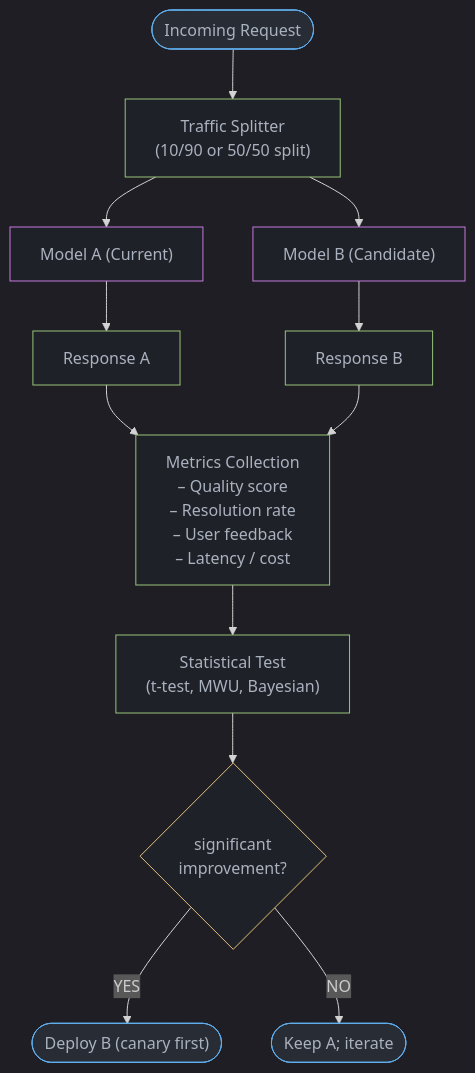
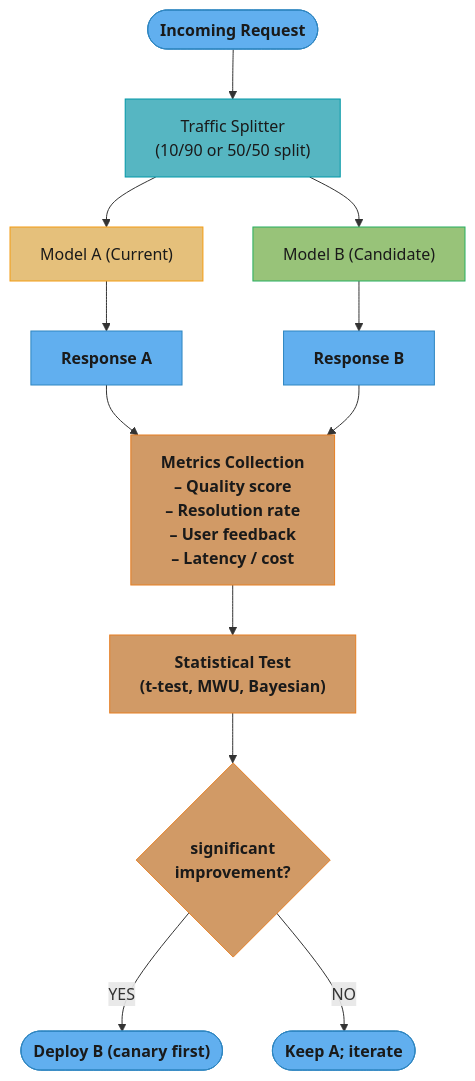
The third of 4 diagrams in src/main/java/com/rutik/systemdesign/llm/data_flywheels_and_continuous_learning/README.md (rppol/system-design), drawn with Mermaid before and after one commit. The commit also changed other lines of this file and 88 other files, not shown here.

````diff
--- a/src/main/java/com/rutik/systemdesign/llm/data_flywheels_and_continuous_learning/README.md
+++ b/src/main/java/com/rutik/systemdesign/llm/data_flywheels_and_continuous_learning/README.md
@@ -169,24 +173,26 @@
 ```mermaid
-%%{init: {'flowchart': {'curve': 'basis'}, 'theme': 'dark'}}%%
 flowchart TD
+    classDef io      fill:#61afef,stroke:#2e86c1,color:#1a1a1a,font-weight:bold
+    classDef frozen  fill:#c678dd,stroke:#9b59b6,color:#fff
+    classDef train   fill:#98c379,stroke:#27ae60,color:#1a1a1a
+    classDef mathOp  fill:#d19a66,stroke:#e67e22,color:#1a1a1a,font-weight:bold
+    classDef lossN   fill:#e06c75,stroke:#c0392b,color:#fff,font-weight:bold
+    classDef req     fill:#56b6c2,stroke:#0097a7,color:#1a1a1a
+    classDef base    fill:#e5c07b,stroke:#f39c12,color:#1a1a1a
+
     Request([Incoming Request]) --> Splitter
     Splitter["Traffic Splitter\n(10/90 or 50/50 split)"] --> ModelA & ModelB
     ModelA["Model A (Current)"] --> RespA["Response A"]
     ModelB["Model B (Candidate)"] --> RespB["Response B"]
     RespA & RespB --> Metrics["Metrics Collection\n– Quality score\n– Resolution rate\n– User feedback\n– Latency / cost"]
     Metrics --> Stats["Statistical Test\n(t-test, MWU, Bayesian)"]
     Stats --> Sig{"significant\nimprovement?"}
     Sig -- YES --> Deploy(["Deploy B (canary first)"])
     Sig -- NO --> Keep(["Keep A; iterate"])
 
-    classDef io     fill:#282c34,stroke:#61afef,color:#abb2bf
-    classDef proc   fill:#1e2127,stroke:#98c379,color:#abb2bf
-    classDef llm    fill:#1e2127,stroke:#c678dd,color:#abb2bf
-    classDef decide fill:#1e2127,stroke:#e5c07b,color:#abb2bf
-
-    class Request,Deploy,Keep io
-    class Splitter proc
-    class ModelA,ModelB llm
-    class RespA,RespB,Metrics,Stats proc
-    class Sig decide
+    class Request,RespA,RespB,Deploy,Keep io
+    class Splitter req
+    class ModelA base
+    class ModelB train
+    class Metrics,Stats,Sig mathOp
 ```
````
